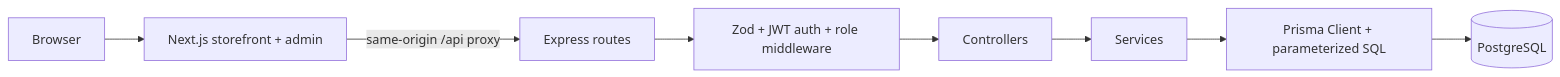
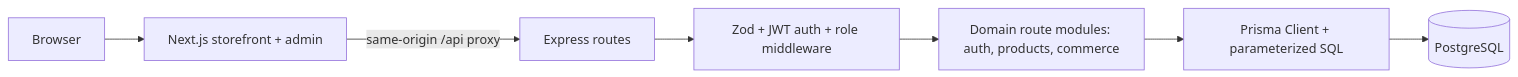
One commit to jieshenghow/mandai changed the first of 2 diagrams in ARCHITECTURE.md. Above: the diagram before and after it, drawn with Mermaid. The commit also changed other lines of this file and 2 other files, not shown here.

````diff
--- a/ARCHITECTURE.md
+++ b/ARCHITECTURE.md
@@ -15,10 +15,9 @@
 ```mermaid
 flowchart LR
   B[Browser] --> W[Next.js storefront + admin]
   W -->|same-origin /api proxy| R[Express routes]
   R --> M[Zod + JWT auth + role middleware]
-  M --> C[Controllers]
-  C --> S[Services]
-  S --> P[Prisma Client + parameterized SQL]
+  M --> H[Domain route modules: auth, products, commerce]
+  H --> P[Prisma Client + parameterized SQL]
   P --> D[(PostgreSQL)]
 ```
````
